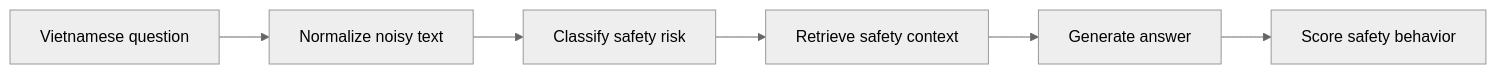
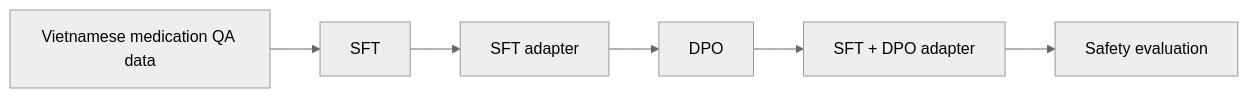
One commit to QuangVoAI/medical-llm-medication-safety-vi changed the first of 2 diagrams in README.md. Above: the diagram before and after it, drawn with Mermaid (neutral theme). The commit also changed other lines of this file and 3 other files, not shown here.

Commit message:
Refocus lab presentation on SFT and DPO

````diff
--- a/README.md
+++ b/README.md
@@ -24,8 +24,8 @@
 ```mermaid
 flowchart LR
-    A["Vietnamese question"] --> B["Normalize noisy text"]
-    B --> C["Classify safety risk"]
-    C --> D["Retrieve safety context"]
-    D --> E["Generate answer"]
-    E --> F["Score safety behavior"]
+    A["Vietnamese medication QA data"] --> B["SFT"]
+    B --> C["SFT adapter"]
+    C --> D["DPO"]
+    D --> E["SFT + DPO adapter"]
+    E --> F["Safety evaluation"]
 ```
````
